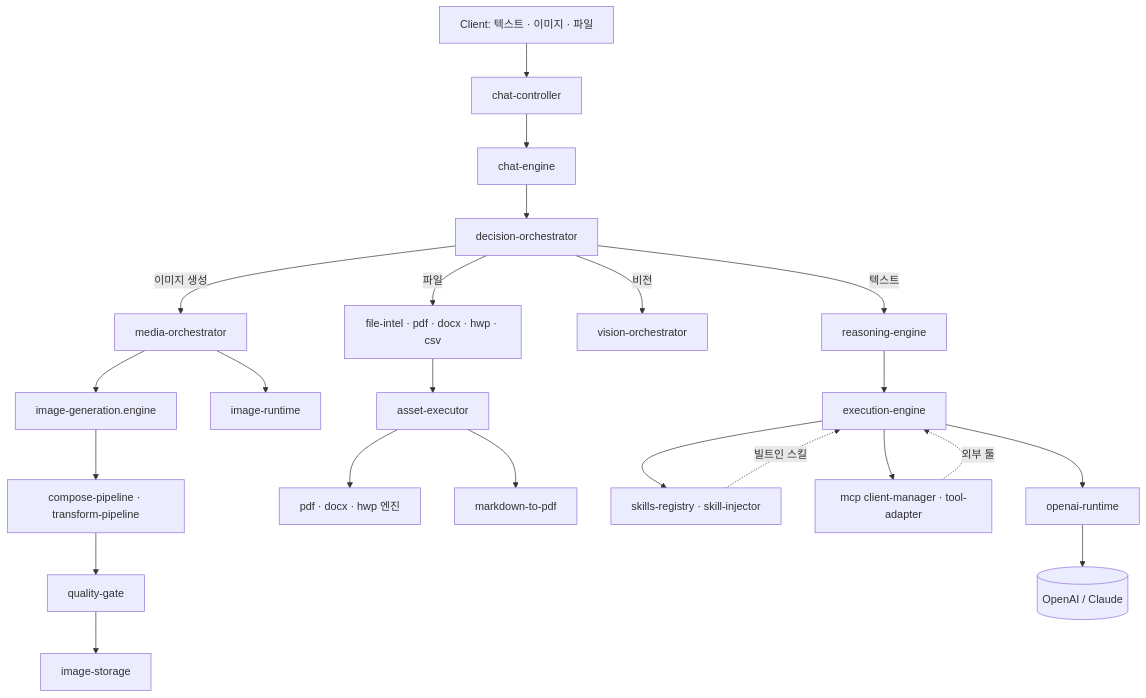
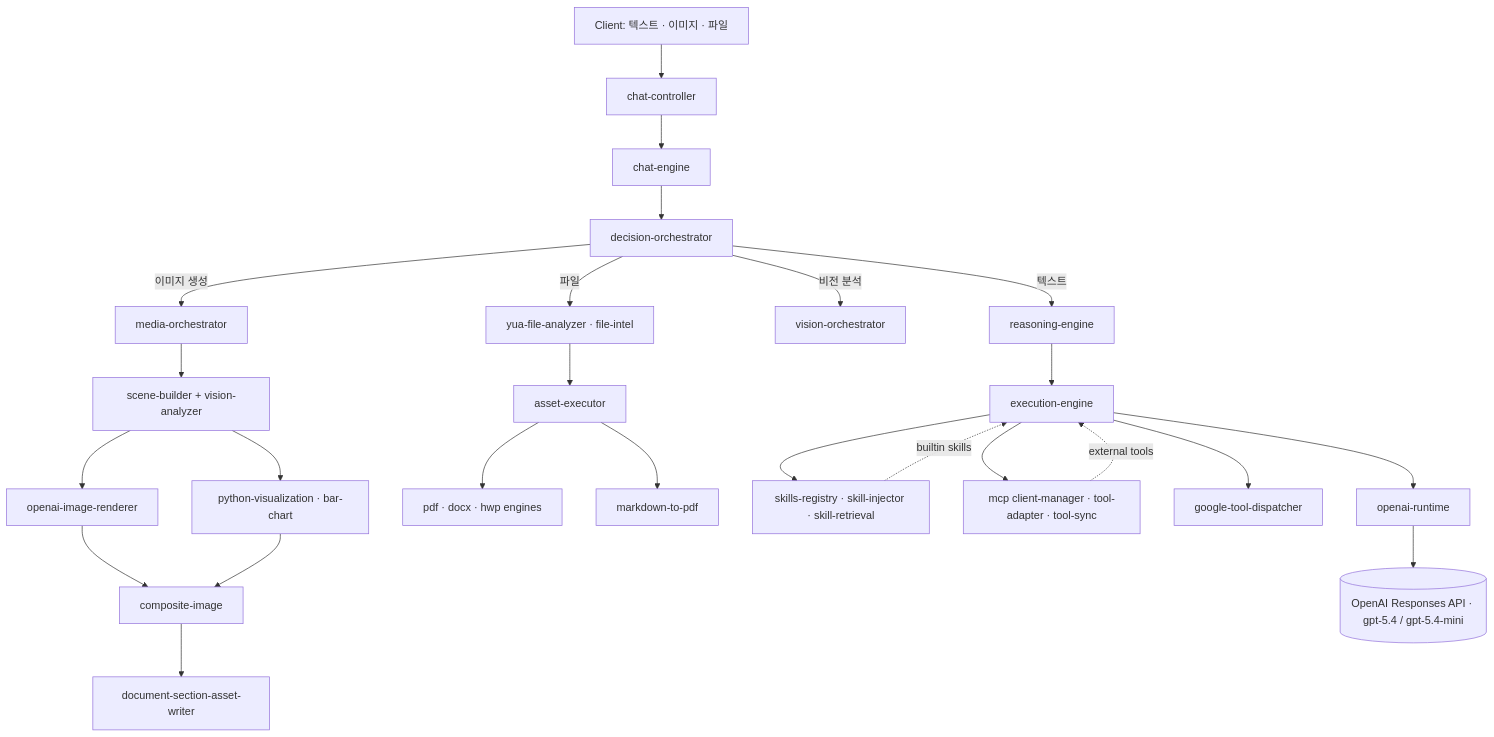
One commit to yuaone/yua-backend changed the second of 2 diagrams in README.ko.md. Above: the diagram before and after it, drawn with Mermaid. The commit also changed other lines of this file and 1 other file, not shown here.

````diff
--- a/README.ko.md
+++ b/README.ko.md
@@ -59,30 +172,32 @@
 ```mermaid
 flowchart TB
     U[Client: 텍스트 · 이미지 · 파일] --> CC[chat-controller]
     CC --> CE[chat-engine]
     CE --> DO[decision-orchestrator]
 
     DO -->|텍스트| RE[reasoning-engine]
     DO -->|이미지 생성| MO[media-orchestrator]
-    DO -->|비전| VO[vision-orchestrator]
-    DO -->|파일| FI[file-intel · pdf · docx · hwp · csv]
+    DO -->|비전 분석| VO[vision-orchestrator]
+    DO -->|파일| FI[yua-file-analyzer · file-intel]
 
-    MO --> IGE[image-generation.engine]
-    MO --> IRT[image-runtime]
-    IGE --> CP[compose-pipeline · transform-pipeline]
-    CP --> QG[quality-gate]
-    QG --> IS[image-storage]
+    MO --> SCN[scene-builder + vision-analyzer]
+    SCN --> RND[openai-image-renderer]
+    SCN --> PYV[python-visualization · bar-chart]
+    RND --> CMP[composite-image]
+    PYV --> CMP
+    CMP --> ASW[document-section-asset-writer]
 
     FI --> AEX[asset-executor]
-    AEX --> DOC[pdf · docx · hwp 엔진]
+    AEX --> DOC[pdf · docx · hwp engines]
     AEX --> MD2P[markdown-to-pdf]
 
     RE --> EE[execution-engine]
-    EE --> SK[skills-registry · skill-injector]
-    EE --> MCP[mcp client-manager · tool-adapter]
+    EE --> SK[skills-registry · skill-injector · skill-retrieval]
+    EE --> MCP[mcp client-manager · tool-adapter · tool-sync]
+    EE --> GG[google-tool-dispatcher]
     EE --> OR[openai-runtime]
 
-    SK -. 빌트인 스킬 .-> EE
-    MCP -. 외부 툴 .-> EE
-    OR --> LLM[(OpenAI / Claude)]
+    SK -. builtin skills .-> EE
+    MCP -. external tools .-> EE
+    OR --> LLM[(OpenAI Responses API · gpt-5.4 / gpt-5.4-mini)]
 ```
````
